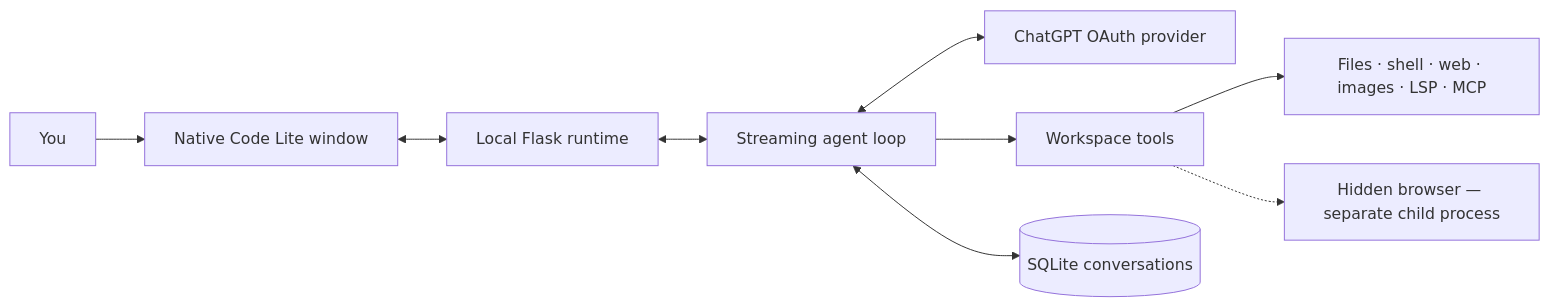
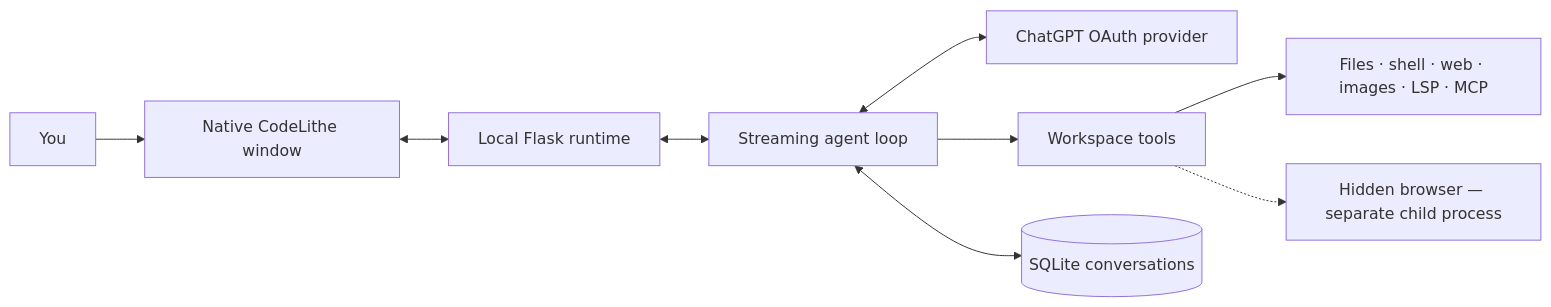
Before and after one commit to pythonIsFast/CodeLithe: the diagram in README.md, drawn with Mermaid. The commit also changed other lines of this file and 63 other files, not shown here.

Commit message:
Rebrand the project as CodeLithe

````diff
--- a/README.md
+++ b/README.md
@@ -328,11 +331,11 @@
 ```mermaid
 flowchart LR
-    U[You] --> UI[Native Code Lite window]
+    U[You] --> UI[Native CodeLithe window]
     UI <--> R[Local Flask runtime]
     R <--> A[Streaming agent loop]
     A <--> P[ChatGPT OAuth provider]
     A --> T[Workspace tools]
     T --> F[Files · shell · web · images · LSP · MCP]
     T -.-> B[Hidden browser — separate child process]
     A <--> S[(SQLite conversations)]
 ```
````
